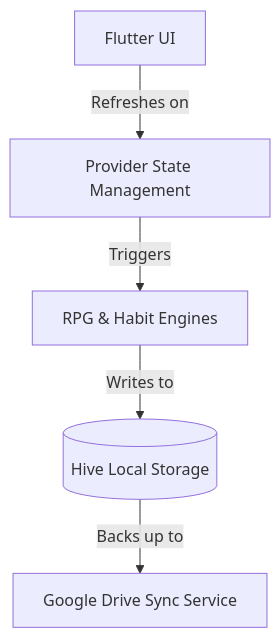
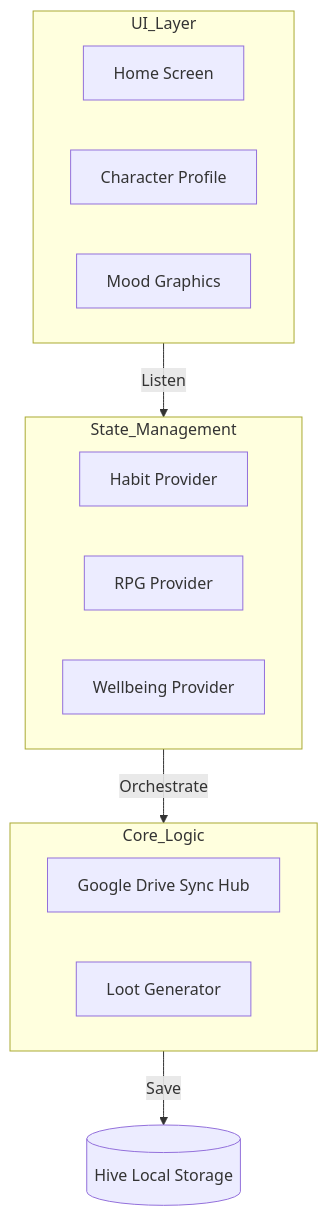
Before and after one commit to maisachinsharmahu/Loopin-Showcase: the first of 2 diagrams in README.md, drawn with Mermaid. The commit also changed other lines of this file, not shown here.

````diff
--- a/README.md
+++ b/README.md
@@ -53,7 +76,23 @@
 ```mermaid
 graph TD
-    UI[Flutter UI] -->|Refreshes on| State[Provider State Management]
-    State -->|Triggers| Logic[RPG & Habit Engines]
-    Logic -->|Writes to| Hive[(Hive Local Storage)]
-    Hive -->|Backs up to| Sync[Google Drive Sync Service]
+    subgraph UI_Layer
+        HS[Home Screen]
+        RPG[Character Profile]
+        WB[Mood Graphics]
+    end
+
+    subgraph State_Management
+        HP[Habit Provider]
+        RP[RPG Provider]
+        WBP[Wellbeing Provider]
+    end
+
+    subgraph Core_Logic
+        Sync[Google Drive Sync Hub]
+        Loot[Loot Generator]
+    end
+
+    UI_Layer -->|Listen| State_Management
+    State_Management -->|Orchestrate| Core_Logic
+    Core_Logic -->|Save| Hive[(Hive Local Storage)]
 ```
````
